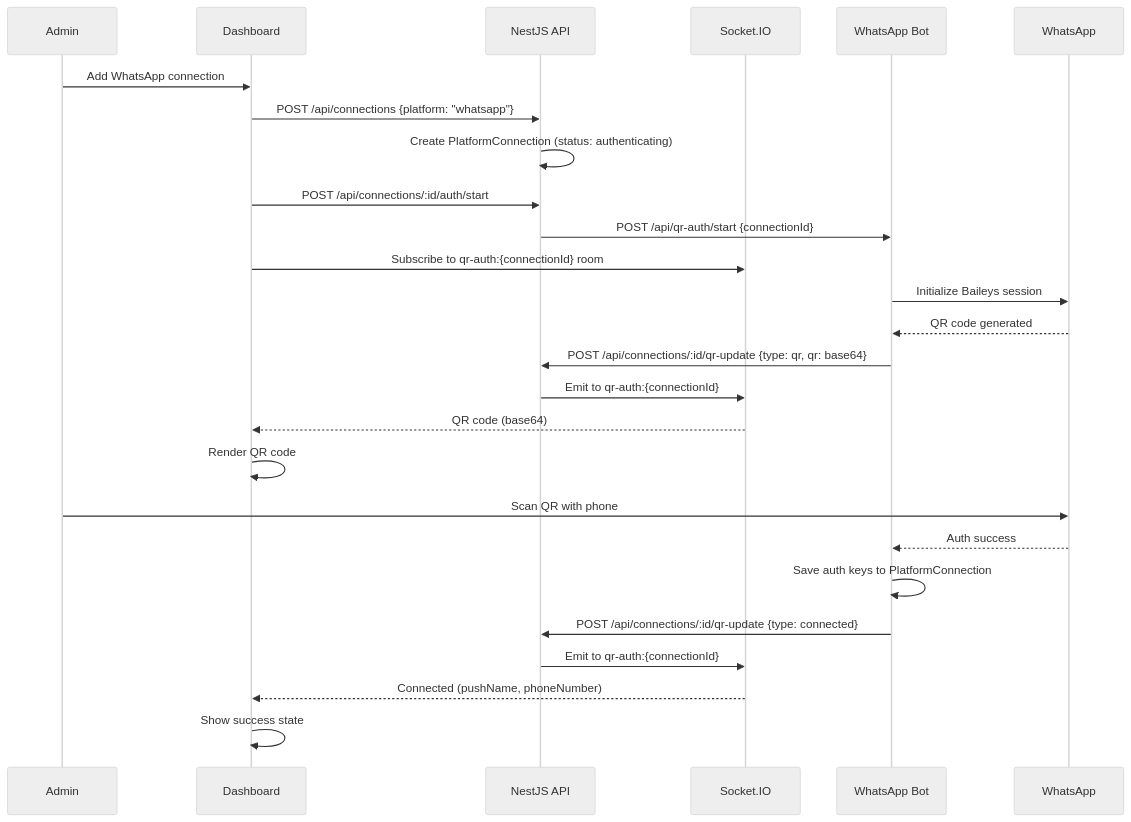
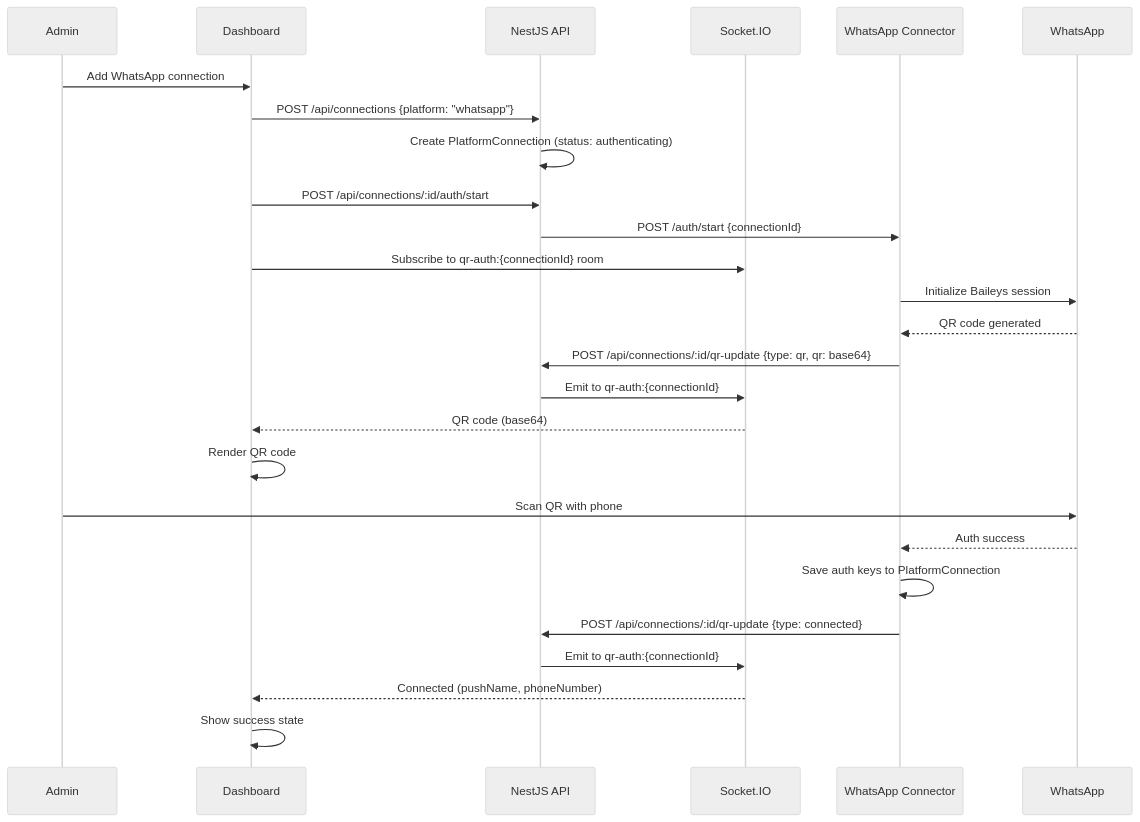
One commit to kolezka/flowbot changed the fourth of 7 diagrams in README.md. Above: the diagram before and after it, drawn with Mermaid (neutral theme). The commit also changed other lines of this file, not shown here.

Commit message:
docs: update README.md for unified connector architecture

````diff
--- a/README.md
+++ b/README.md
@@ -210,31 +212,31 @@
 ```mermaid
 sequenceDiagram
     participant U as Admin
     participant FE as Dashboard
     participant API as NestJS API
     participant WS as Socket.IO
-    participant BOT as WhatsApp Bot
+    participant CON as WhatsApp Connector
     participant WA as WhatsApp
 
     U->>FE: Add WhatsApp connection
     FE->>API: POST /api/connections {platform: "whatsapp"}
     API->>API: Create PlatformConnection (status: authenticating)
     FE->>API: POST /api/connections/:id/auth/start
-    API->>BOT: POST /api/qr-auth/start {connectionId}
+    API->>CON: POST /auth/start {connectionId}
     FE->>WS: Subscribe to qr-auth:{connectionId} room
 
-    BOT->>WA: Initialize Baileys session
-    WA-->>BOT: QR code generated
-    BOT->>API: POST /api/connections/:id/qr-update {type: qr, qr: base64}
+    CON->>WA: Initialize Baileys session
+    WA-->>CON: QR code generated
+    CON->>API: POST /api/connections/:id/qr-update {type: qr, qr: base64}
     API->>WS: Emit to qr-auth:{connectionId}
     WS-->>FE: QR code (base64)
     FE->>FE: Render QR code
 
     U->>WA: Scan QR with phone
-    WA-->>BOT: Auth success
-    BOT->>BOT: Save auth keys to PlatformConnection
-    BOT->>API: POST /api/connections/:id/qr-update {type: connected}
+    WA-->>CON: Auth success
+    CON->>CON: Save auth keys to PlatformConnection
+    CON->>API: POST /api/connections/:id/qr-update {type: connected}
     API->>WS: Emit to qr-auth:{connectionId}
     WS-->>FE: Connected (pushName, phoneNumber)
     FE->>FE: Show success state
 ```
````
